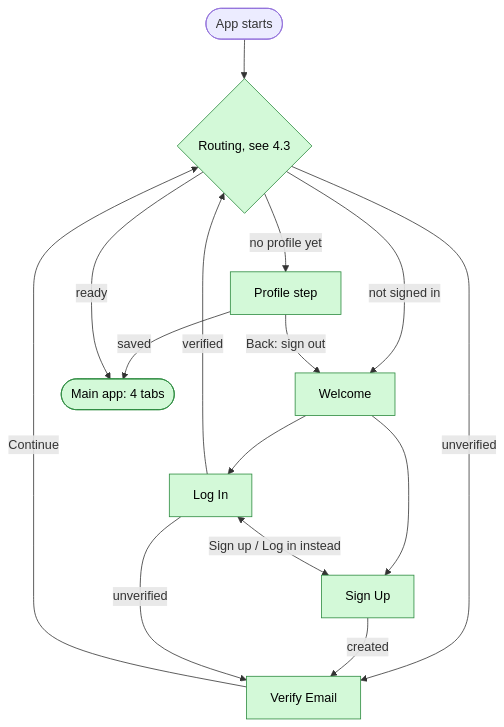
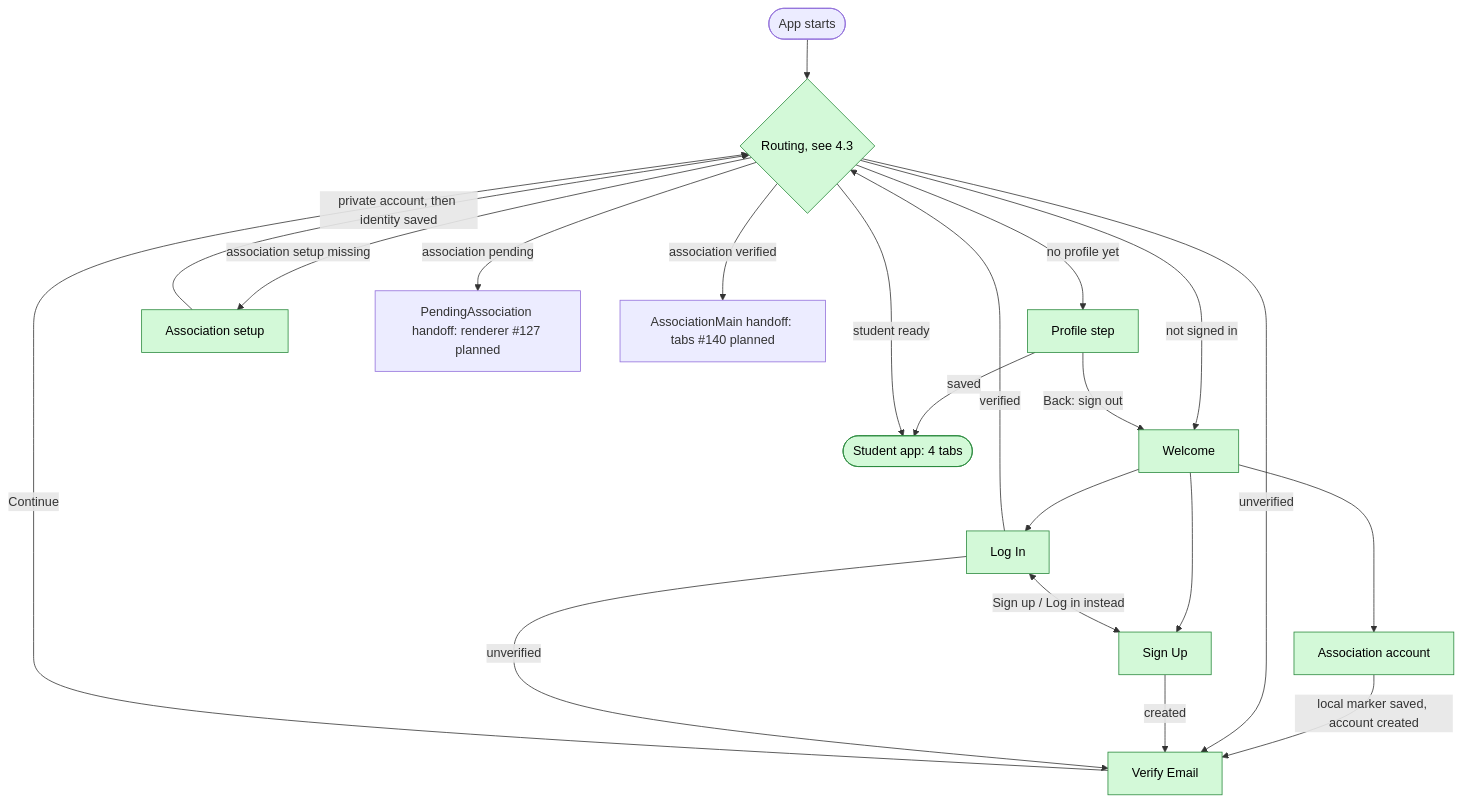
Before and after one commit to swent-polysocial/PolySocial: the first of 12 diagrams in docs/Architecture-Diagram.md, drawn with Mermaid. The commit also changed other lines of this file and 8 other files, not shown here.

````diff
--- a/docs/Architecture-Diagram.md
+++ b/docs/Architecture-Diagram.md
@@ -56,18 +57,24 @@
 ```mermaid
 flowchart TB
   classDef s1 fill:#d3f9d8,stroke:#2b8a3e,color:#000
   start(["App starts"]) --> gate{"Routing, see 4.3"}:::s1
   gate -- "not signed in" --> welcome["Welcome"]:::s1
   welcome --> signup["Sign Up"]:::s1
+  welcome --> associationSignup["Association account"]:::s1
+  associationSignup -- "local marker saved, account created" --> verify
   welcome --> login["Log In"]:::s1
   login <-- "Sign up / Log in instead" --> signup
   gate -- "unverified" --> verify["Verify Email"]:::s1
   signup -- "created" --> verify
   login -- "unverified" --> verify
   login -- "verified" --> gate
   verify -- "Continue" --> gate
   gate -- "no profile yet" --> profile["Profile step"]:::s1
   profile -- "saved" --> main
   profile -- "Back: sign out" --> welcome
-  gate -- "ready" --> main(["Main app: 4 tabs"]):::s1
+  gate -- "student ready" --> main(["Student app: 4 tabs"]):::s1
+  gate -- "association setup missing" --> associationSetup["Association setup"]:::s1
+  associationSetup -- "private account, then identity saved" --> gate
+  gate -- "association pending" --> pending["PendingAssociation handoff: renderer #127 planned"]
+  gate -- "association verified" --> associationMain["AssociationMain handoff: tabs #140 planned"]
 ```
````
